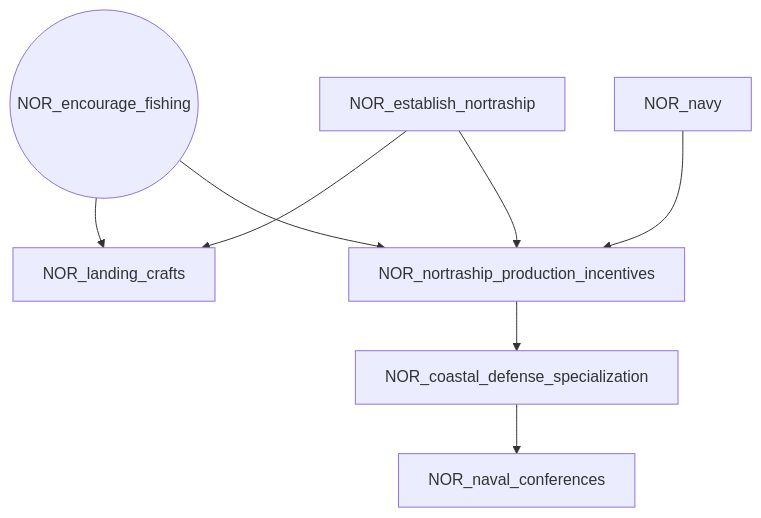
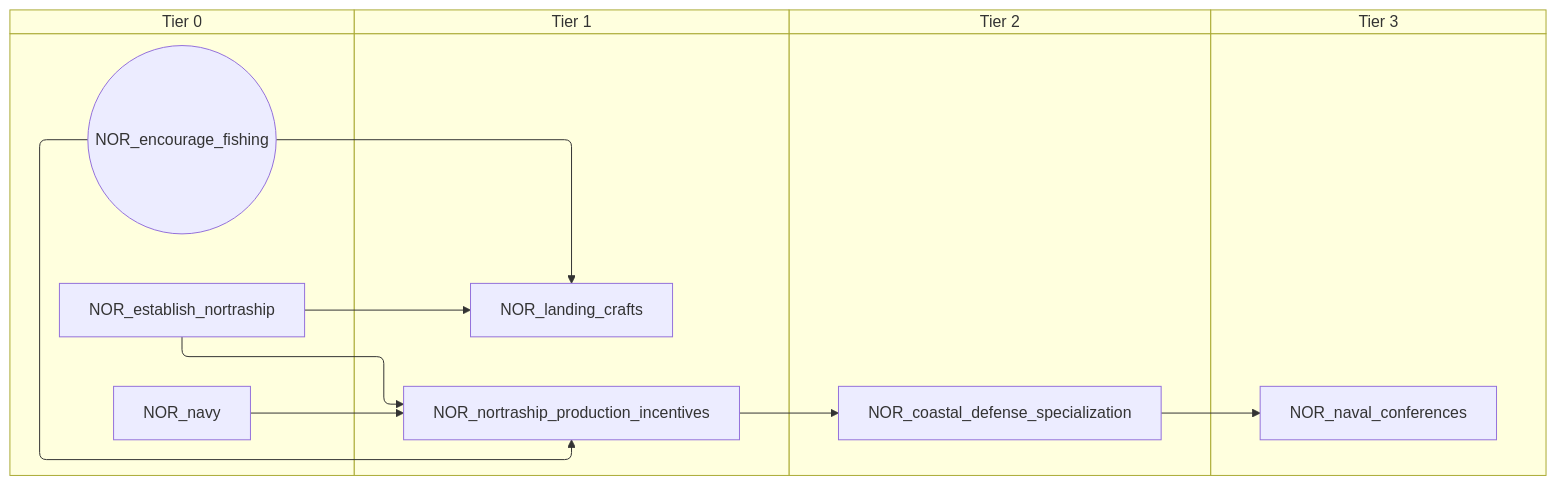
Before and after one commit to evgeny-sobol/hoi4-sandbox-mode-r56: the fourth of 9 diagrams in docs/gdd/National Focuses/r56/r56_norway.md, drawn with Mermaid. The commit also changed other lines of this file and 423 other files, not shown here.

First line of the commit message:
Re-export Rt56 focus trees as swimlane diagrams

````diff
--- a/docs/gdd/National Focuses/r56/r56_norway.md
+++ b/docs/gdd/National Focuses/r56/r56_norway.md
@@ -120,17 +152,25 @@
 ```mermaid
-flowchart TD
-    n36["NOR_coastal_defense_specialization"]
-    n37(("NOR_encourage_fishing"))
-    n38["NOR_establish_nortraship"]
-    n39["NOR_landing_crafts"]
-    n40["NOR_naval_conferences"]
-    n41["NOR_navy"]
-    n42["NOR_nortraship_production_incentives"]
-    n42 --> n36
+swimlane-beta TD
+    subgraph tier_0["Tier 0"]
+        n36(("NOR_encourage_fishing"))
+        n37["NOR_establish_nortraship"]
+        n38["NOR_navy"]
+    end
+    subgraph tier_1["Tier 1"]
+        n39["NOR_landing_crafts"]
+        n40["NOR_nortraship_production_incentives"]
+    end
+    subgraph tier_2["Tier 2"]
+        n41["NOR_coastal_defense_specialization"]
+    end
+    subgraph tier_3["Tier 3"]
+        n42["NOR_naval_conferences"]
+    end
+    n40 --> n41
+    n36 --> n39
     n37 --> n39
-    n38 --> n39
+    n41 --> n42
     n36 --> n40
-    n37 --> n42
-    n41 --> n42
-    n38 --> n42
+    n38 --> n40
+    n37 --> n40
 ```
````
